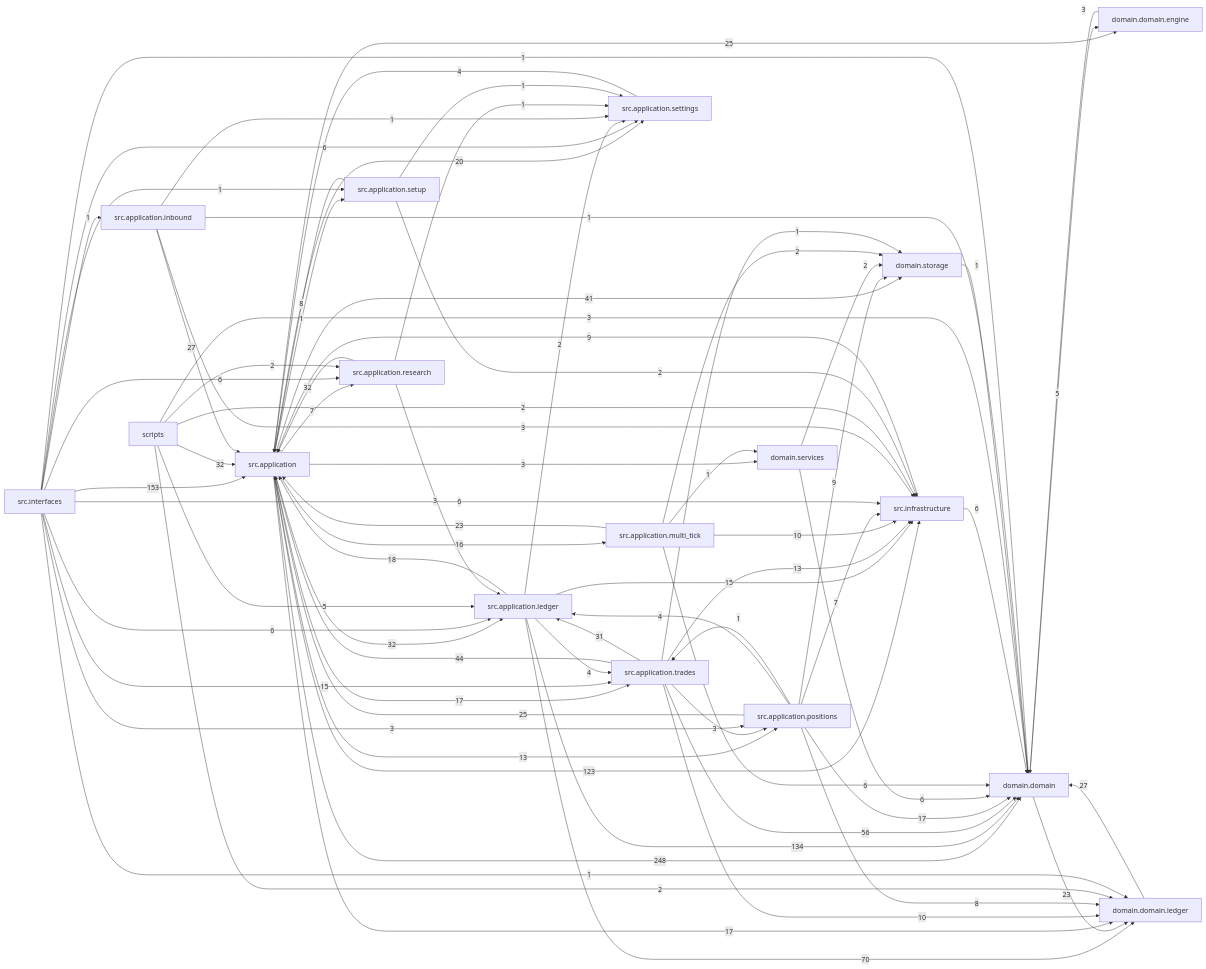
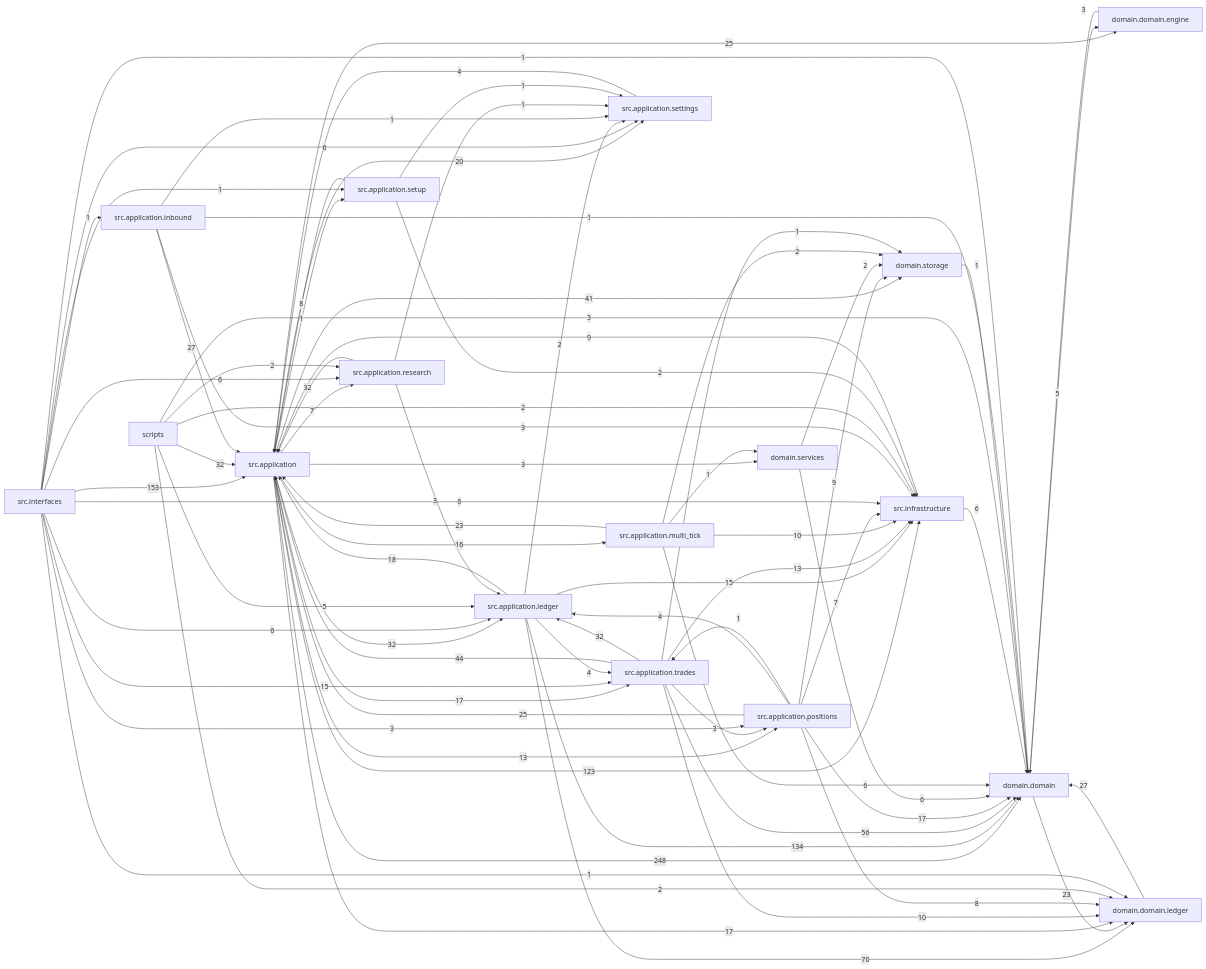
One commit to liuxie066/options-monitor changed the diagram in docs/dependency_graph.mmd. Above: the diagram before and after it, drawn with Mermaid. The commit also changed 13 other files, not shown here.

```diff
--- a/docs/dependency_graph.mmd
+++ b/docs/dependency_graph.mmd
@@ -1,76 +1,76 @@
 flowchart LR
   src_application["src.application"] -->|248| domain_domain["domain.domain"]
   src_interfaces["src.interfaces"] -->|153| src_application["src.application"]
   src_application_ledger["src.application.ledger"] -->|134| domain_domain["domain.domain"]
   src_application["src.application"] -->|123| src_infrastructure["src.infrastructure"]
   src_application_ledger["src.application.ledger"] -->|70| domain_domain_ledger["domain.domain.ledger"]
   src_application_trades["src.application.trades"] -->|56| domain_domain["domain.domain"]
   src_application_trades["src.application.trades"] -->|44| src_application["src.application"]
   src_application["src.application"] -->|41| domain_storage["domain.storage"]
   scripts["scripts"] -->|32| src_application["src.application"]
   src_application["src.application"] -->|32| src_application_ledger["src.application.ledger"]
   src_application_research["src.application.research"] -->|32| src_application["src.application"]
-  src_application_trades["src.application.trades"] -->|31| src_application_ledger["src.application.ledger"]
+  src_application_trades["src.application.trades"] -->|32| src_application_ledger["src.application.ledger"]
   domain_domain_ledger["domain.domain.ledger"] -->|27| domain_domain["domain.domain"]
   src_application_inbound["src.application.inbound"] -->|27| src_application["src.application"]
   src_application["src.application"] -->|25| domain_domain_engine["domain.domain.engine"]
   src_application_positions["src.application.positions"] -->|25| src_application["src.application"]
   domain_domain["domain.domain"] -->|23| domain_domain_ledger["domain.domain.ledger"]
   src_application_multi_tick["src.application.multi_tick"] -->|23| src_application["src.application"]
   src_application["src.application"] -->|20| src_application_settings["src.application.settings"]
   src_application_ledger["src.application.ledger"] -->|18| src_application["src.application"]
   src_application["src.application"] -->|17| domain_domain_ledger["domain.domain.ledger"]
   src_application["src.application"] -->|17| src_application_trades["src.application.trades"]
   src_application_positions["src.application.positions"] -->|17| domain_domain["domain.domain"]
   src_application["src.application"] -->|16| src_application_multi_tick["src.application.multi_tick"]
   src_application_ledger["src.application.ledger"] -->|15| src_infrastructure["src.infrastructure"]
   src_interfaces["src.interfaces"] -->|15| src_application_trades["src.application.trades"]
   src_application["src.application"] -->|13| src_application_positions["src.application.positions"]
   src_application_trades["src.application.trades"] -->|13| src_infrastructure["src.infrastructure"]
   src_application_multi_tick["src.application.multi_tick"] -->|10| src_infrastructure["src.infrastructure"]
   src_application_trades["src.application.trades"] -->|10| domain_domain_ledger["domain.domain.ledger"]
   src_application_positions["src.application.positions"] -->|9| domain_storage["domain.storage"]
   src_infrastructure["src.infrastructure"] -->|9| src_application["src.application"]
   src_application_positions["src.application.positions"] -->|8| domain_domain_ledger["domain.domain.ledger"]
   src_application_setup["src.application.setup"] -->|8| src_application["src.application"]
   src_application["src.application"] -->|7| src_application_research["src.application.research"]
   src_application_positions["src.application.positions"] -->|7| src_infrastructure["src.infrastructure"]
   domain_services["domain.services"] -->|6| domain_domain["domain.domain"]
   src_application_multi_tick["src.application.multi_tick"] -->|6| domain_domain["domain.domain"]
   src_infrastructure["src.infrastructure"] -->|6| domain_domain["domain.domain"]
   src_interfaces["src.interfaces"] -->|6| src_application_ledger["src.application.ledger"]
   src_interfaces["src.interfaces"] -->|6| src_application_research["src.application.research"]
   src_interfaces["src.interfaces"] -->|6| src_application_settings["src.application.settings"]
   src_interfaces["src.interfaces"] -->|6| src_infrastructure["src.infrastructure"]
   domain_domain["domain.domain"] -->|5| domain_domain_engine["domain.domain.engine"]
   scripts["scripts"] -->|5| src_application_ledger["src.application.ledger"]
   src_application_ledger["src.application.ledger"] -->|4| src_application_trades["src.application.trades"]
   src_application_positions["src.application.positions"] -->|4| src_application_ledger["src.application.ledger"]
   src_application_settings["src.application.settings"] -->|4| src_application["src.application"]
   domain_domain_engine["domain.domain.engine"] -->|3| domain_domain["domain.domain"]
   scripts["scripts"] -->|3| domain_domain["domain.domain"]
   src_application["src.application"] -->|3| domain_services["domain.services"]
   src_application_inbound["src.application.inbound"] -->|3| src_infrastructure["src.infrastructure"]
   src_application_research["src.application.research"] -->|3| src_application_ledger["src.application.ledger"]
   src_application_trades["src.application.trades"] -->|3| src_application_positions["src.application.positions"]
   src_interfaces["src.interfaces"] -->|3| src_application_positions["src.application.positions"]
   domain_services["domain.services"] -->|2| domain_storage["domain.storage"]
   scripts["scripts"] -->|2| domain_domain_ledger["domain.domain.ledger"]
   scripts["scripts"] -->|2| src_application_research["src.application.research"]
   scripts["scripts"] -->|2| src_infrastructure["src.infrastructure"]
   src_application_ledger["src.application.ledger"] -->|2| src_application_settings["src.application.settings"]
   src_application_multi_tick["src.application.multi_tick"] -->|2| domain_storage["domain.storage"]
   src_application_setup["src.application.setup"] -->|2| src_infrastructure["src.infrastructure"]
   domain_storage["domain.storage"] -->|1| domain_domain["domain.domain"]
   src_application["src.application"] -->|1| src_application_setup["src.application.setup"]
   src_application_inbound["src.application.inbound"] -->|1| domain_domain["domain.domain"]
   src_application_inbound["src.application.inbound"] -->|1| src_application_settings["src.application.settings"]
   src_application_multi_tick["src.application.multi_tick"] -->|1| domain_services["domain.services"]
   src_application_positions["src.application.positions"] -->|1| src_application_trades["src.application.trades"]
   src_application_research["src.application.research"] -->|1| src_application_settings["src.application.settings"]
   src_application_setup["src.application.setup"] -->|1| src_application_settings["src.application.settings"]
   src_application_trades["src.application.trades"] -->|1| domain_storage["domain.storage"]
   src_interfaces["src.interfaces"] -->|1| domain_domain["domain.domain"]
   src_interfaces["src.interfaces"] -->|1| domain_domain_ledger["domain.domain.ledger"]
   src_interfaces["src.interfaces"] -->|1| src_application_inbound["src.application.inbound"]
   src_interfaces["src.interfaces"] -->|1| src_application_setup["src.application.setup"]
```
